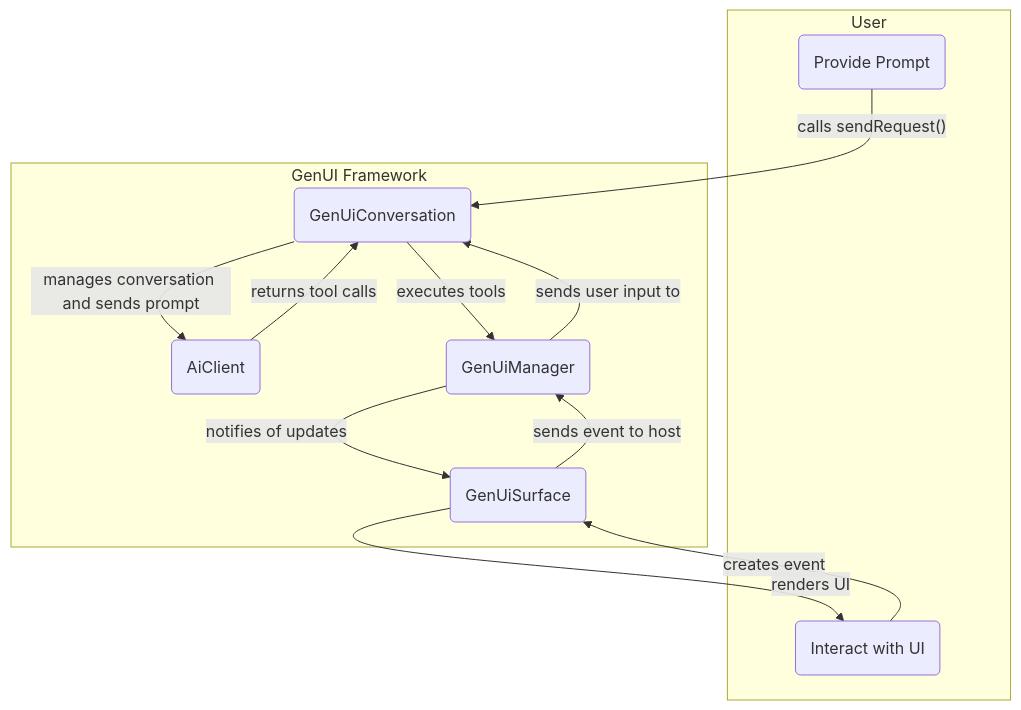
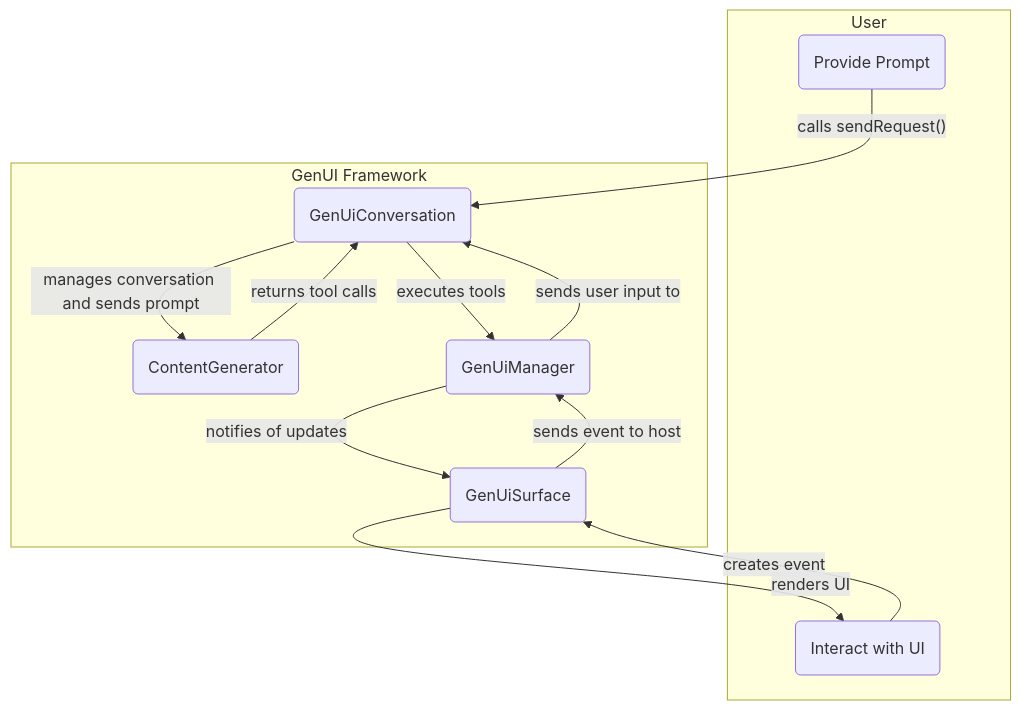
Before and after one commit to sethladd/genui: the diagram in packages/flutter_genui/README.md, drawn with Mermaid. The commit also changed other lines of this file and 84 other files, not shown here.

Commit message:
Refactors the GenUI API to create `ContentGenerator` (#438)

````diff
--- a/packages/flutter_genui/README.md
+++ b/packages/flutter_genui/README.md
@@ -128,24 +147,24 @@
 ```mermaid
 graph TD
     subgraph "User"
         UserInput("Provide Prompt")
         UserInteraction("Interact with UI")
     end
 
     subgraph "GenUI Framework"
         GenUiConversation("GenUiConversation")
-        AiClient("AiClient")
+        ContentGenerator("ContentGenerator")
         GenUiManager("GenUiManager")
         GenUiSurface("GenUiSurface")
     end
 
     UserInput -- "calls sendRequest()" --> GenUiConversation;
-    GenUiConversation -- "manages conversation and sends prompt" --> AiClient;
-    AiClient -- "returns tool calls" --> GenUiConversation;
+    GenUiConversation -- "manages conversation and sends prompt" --> ContentGenerator;
+    ContentGenerator -- "returns tool calls" --> GenUiConversation;
     GenUiConversation -- "executes tools" --> GenUiManager;
     GenUiManager -- "notifies of updates" --> GenUiSurface;
     GenUiSurface -- "renders UI" --> UserInteraction;
     UserInteraction -- "creates event" --> GenUiSurface;
     GenUiSurface -- "sends event to host" --> GenUiManager;
     GenUiManager -- "sends user input to" --> GenUiConversation;
 ```
````
